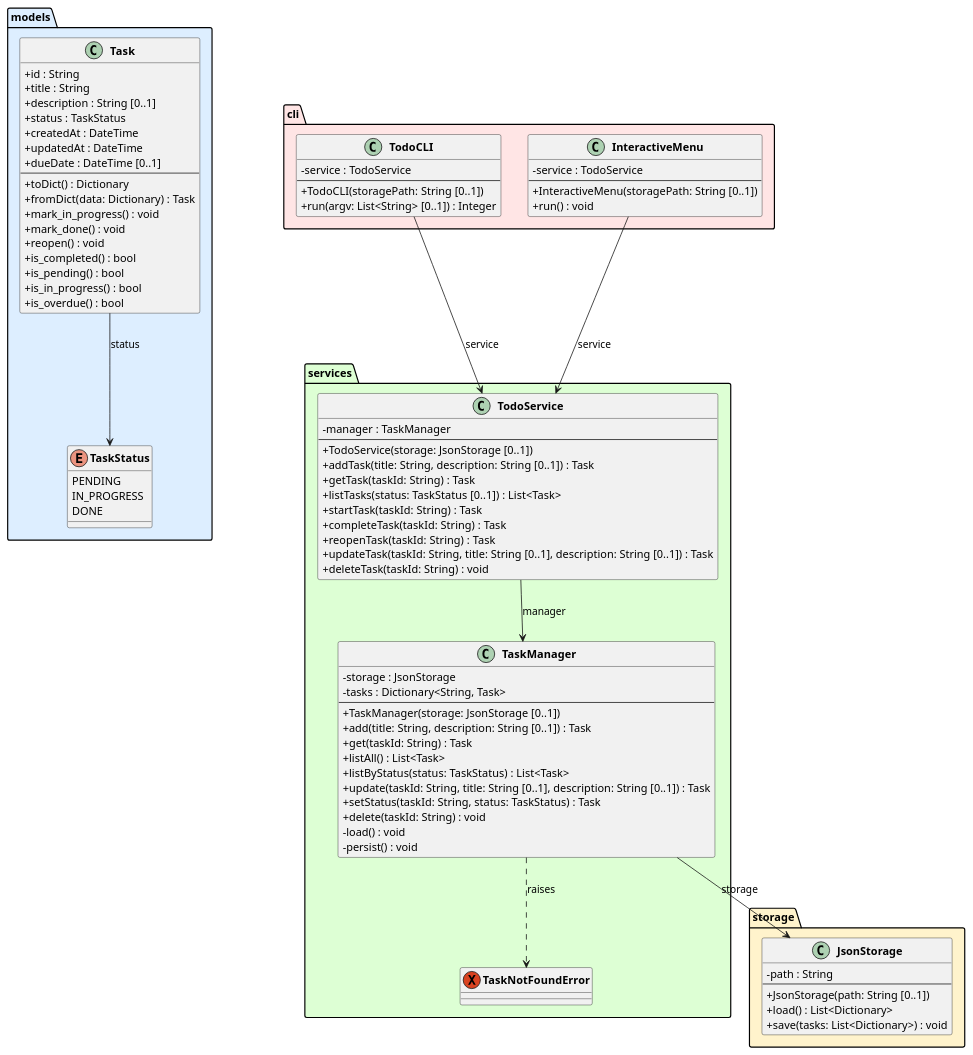
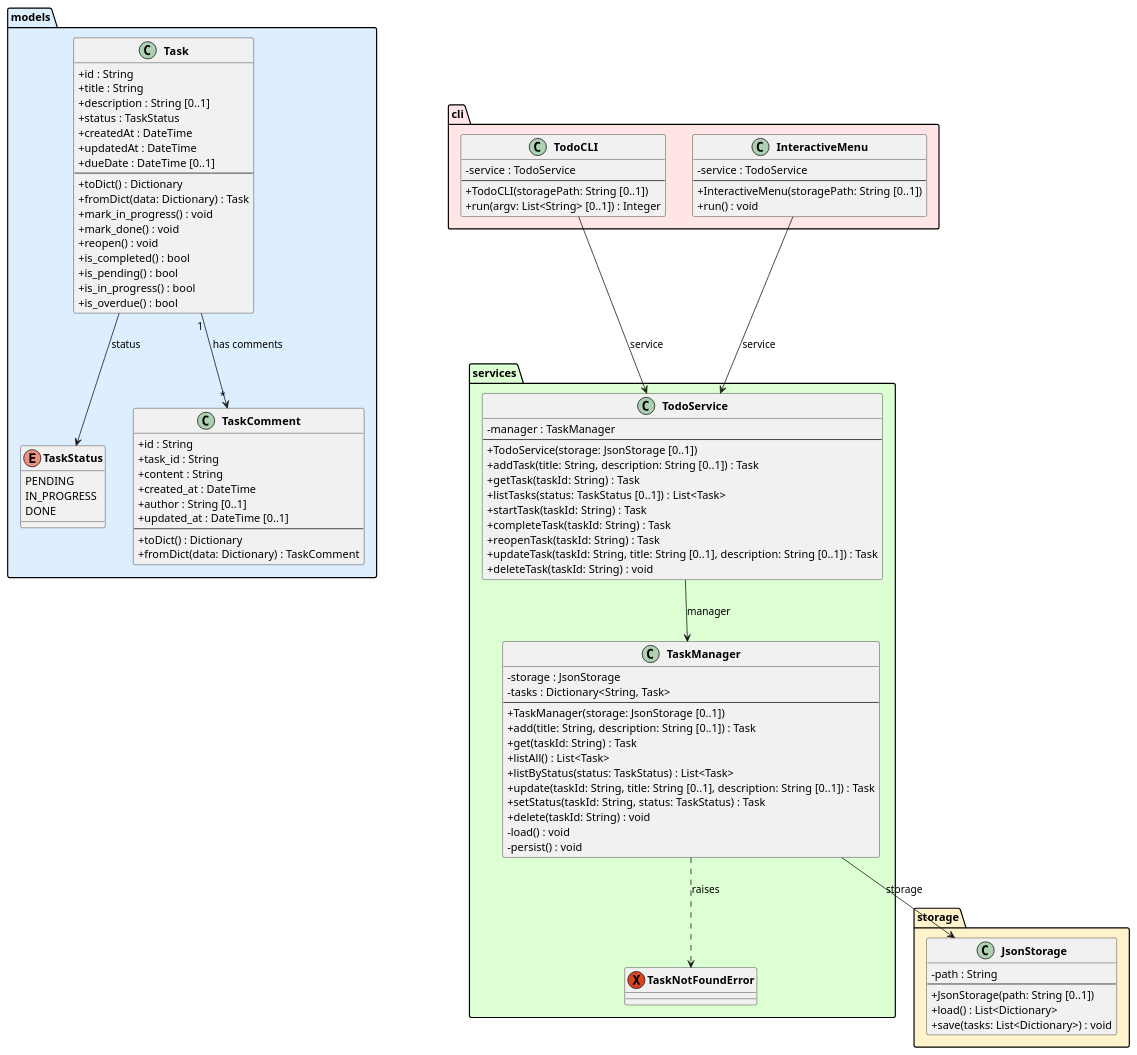
One commit to DanielRiha8906/Software_autoevolution_using_agents changed the diagram in experiments/pipeline/test_driven/TODO/artifacts/class_diagram.puml. Above: the diagram before and after it, drawn with PlantUML. The commit also changed 5 other files, not shown here.

First line of the commit message:
task 03 | pipeline / test_driven / TODO: Create TaskComment domain class

```diff
--- a/experiments/pipeline/test_driven/TODO/artifacts/class_diagram.puml
+++ b/experiments/pipeline/test_driven/TODO/artifacts/class_diagram.puml
@@ -1,101 +1,115 @@
 @startuml class_diagram
 
 skinparam classAttributeIconSize 0
 skinparam classFontStyle bold
 
 package "models" #DDEEFF {
     enum TaskStatus {
         PENDING
         IN_PROGRESS
         DONE
     }
 
     class Task {
         +id : String
         +title : String
         +description : String [0..1]
         +status : TaskStatus
         +createdAt : DateTime
         +updatedAt : DateTime
         +dueDate : DateTime [0..1]
         --
         +toDict() : Dictionary
         +fromDict(data: Dictionary) : Task
         +mark_in_progress() : void
         +mark_done() : void
         +reopen() : void
         +is_completed() : bool
         +is_pending() : bool
         +is_in_progress() : bool
         +is_overdue() : bool
     }
+
+    class TaskComment {
+        +id : String
+        +task_id : String
+        +content : String
+        +created_at : DateTime
+        +author : String [0..1]
+        +updated_at : DateTime [0..1]
+        --
+        +toDict() : Dictionary
+        +fromDict(data: Dictionary) : TaskComment
+    }
+
+    Task "1" --> "*" TaskComment : has comments
 }
 
 package "storage" #FFF3CC {
     class JsonStorage {
         -path : String
         --
         +JsonStorage(path: String [0..1])
         +load() : List<Dictionary>
         +save(tasks: List<Dictionary>) : void
     }
 }
 
 package "services" #DDFFD4 {
     exception TaskNotFoundError
 
     class TaskManager {
         -storage : JsonStorage
         -tasks : Dictionary<String, Task>
         --
         +TaskManager(storage: JsonStorage [0..1])
         +add(title: String, description: String [0..1]) : Task
         +get(taskId: String) : Task
         +listAll() : List<Task>
         +listByStatus(status: TaskStatus) : List<Task>
         +update(taskId: String, title: String [0..1], description: String [0..1]) : Task
         +setStatus(taskId: String, status: TaskStatus) : Task
         +delete(taskId: String) : void
         -load() : void
         -persist() : void
     }
 
     class TodoService {
         -manager : TaskManager
         --
         +TodoService(storage: JsonStorage [0..1])
         +addTask(title: String, description: String [0..1]) : Task
         +getTask(taskId: String) : Task
         +listTasks(status: TaskStatus [0..1]) : List<Task>
         +startTask(taskId: String) : Task
         +completeTask(taskId: String) : Task
         +reopenTask(taskId: String) : Task
         +updateTask(taskId: String, title: String [0..1], description: String [0..1]) : Task
         +deleteTask(taskId: String) : void
     }
 }
 
 package "cli" #FFE5E5 {
     class TodoCLI {
         -service : TodoService
         --
         +TodoCLI(storagePath: String [0..1])
         +run(argv: List<String> [0..1]) : Integer
     }
 
     class InteractiveMenu {
         -service : TodoService
         --
         +InteractiveMenu(storagePath: String [0..1])
         +run() : void
     }
 }
 
 Task --> TaskStatus : status
 TaskManager --> JsonStorage : storage
 TaskManager ..> TaskNotFoundError : raises
 TodoService --> TaskManager : manager
 TodoCLI --> TodoService : service
 InteractiveMenu --> TodoService : service
 
 @enduml
```
